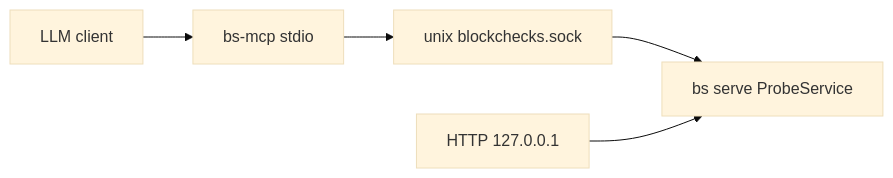
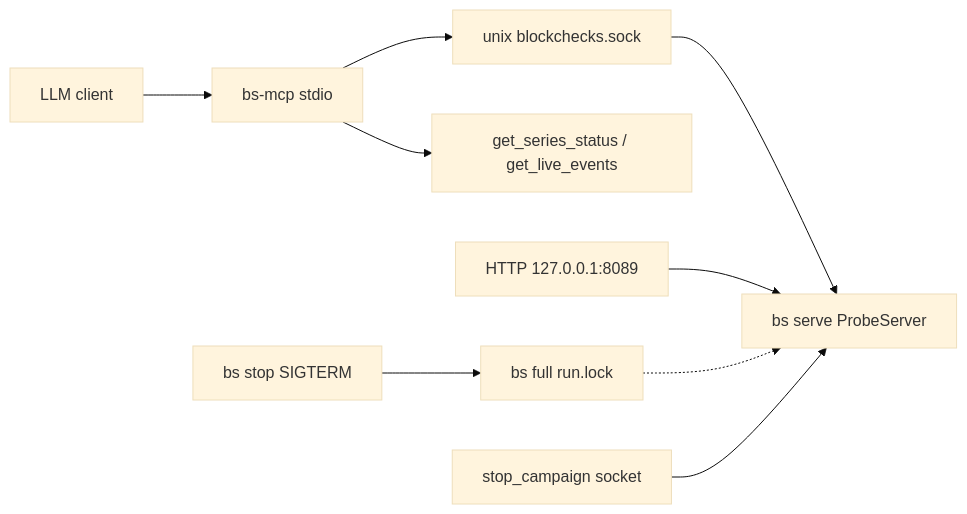
Before and after one commit to zhoel-sherk/blockcheckS: diagram 13 of 13 in docs/architecture.md, drawn with Mermaid (base theme). The commit also changed other lines of this file and 22 other files, not shown here.

First line of the commit message:
Align ranking and MCP stop with campaign_pass, and refresh 1.4.0 docs.

````diff
--- a/docs/architecture.md
+++ b/docs/architecture.md
@@ -369,10 +608,11 @@
 ```mermaid
 flowchart LR
-  LLM[LLM client]
-  Mcp[bs-mcp stdio]
-  Sock[unix blockchecks.sock]
-  Http[HTTP 127.0.0.1]
-  Serve[bs serve ProbeService]
-  LLM --> Mcp --> Sock --> Serve
-  Http --> Serve
+  LLM["LLM client"] --> Mcp["bs-mcp stdio"]
+  Mcp --> Sock["unix blockchecks.sock"]
+  Sock --> Serve["bs serve ProbeServer"]
+  Mcp --> Disk["get_series_status / get_live_events"]
+  Http["HTTP 127.0.0.1:8089"] --> Serve
+  Full["bs full run.lock"] -.-> Serve
+  StopCli["bs stop SIGTERM"] --> Full
+  StopMcp["stop_campaign socket"] --> Serve
 ```
````
